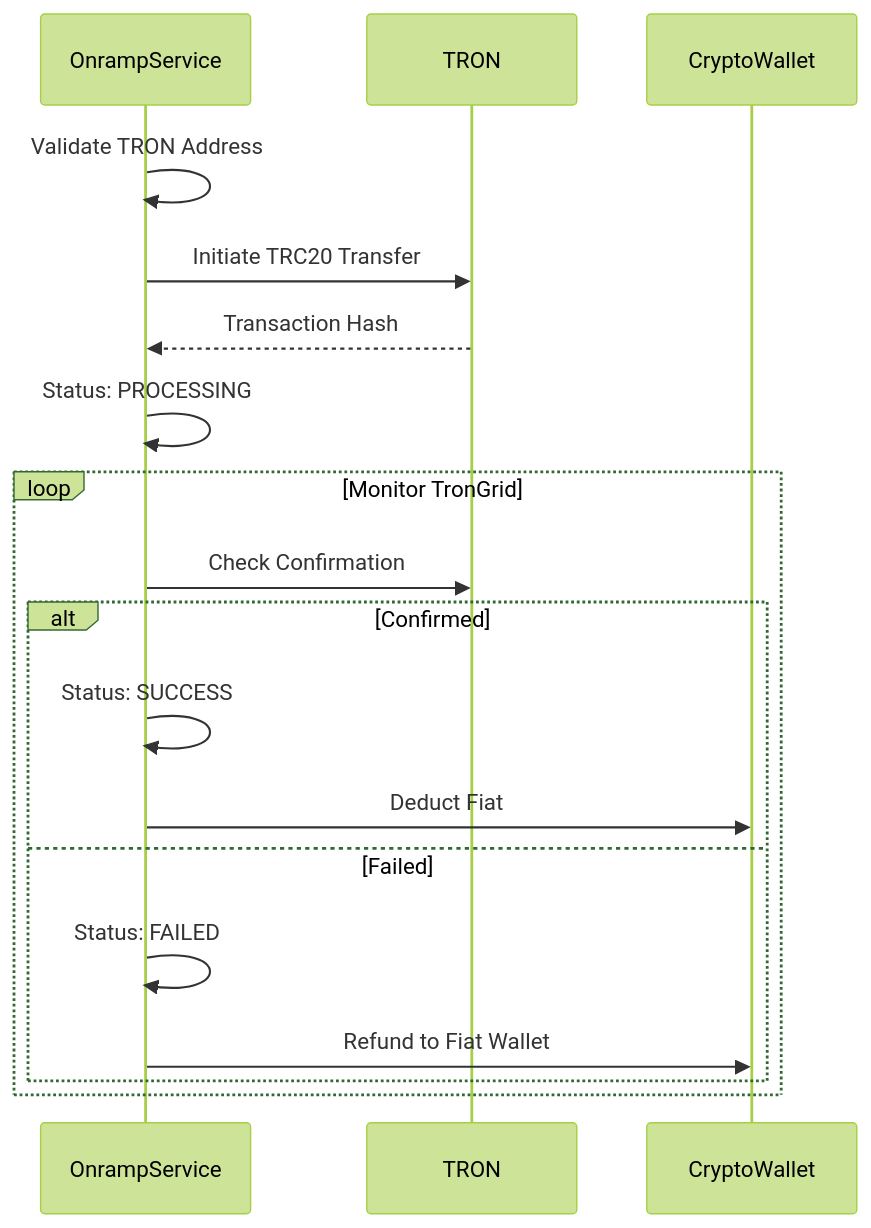
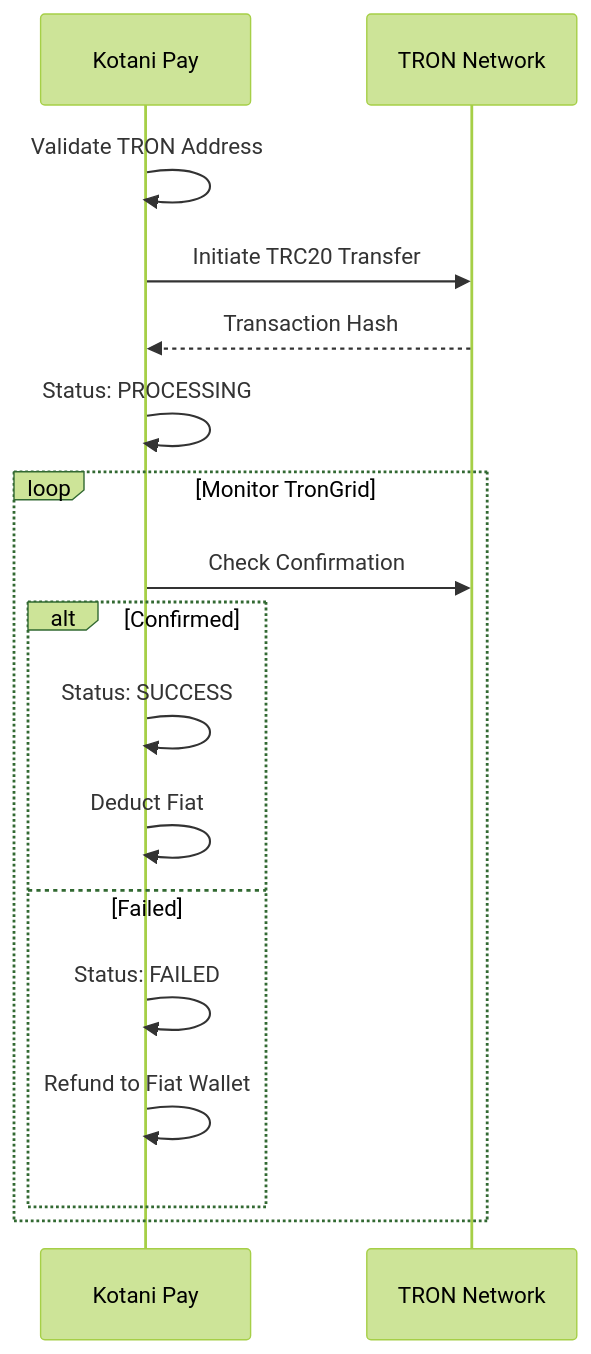
Before and after one commit to john-muinde/docs: the seventh of 9 diagrams in v3/flows/onramp-flow.mdx, drawn with Mermaid (forest theme). The commit also changed other lines of this file and 5 other files, not shown here.

````diff
--- a/v3/flows/onramp-flow.mdx
+++ b/v3/flows/onramp-flow.mdx
@@ -164,22 +150,21 @@
 ```mermaid
 sequenceDiagram
-    participant OnrampService
-    participant Blockchain as TRON
-    participant CryptoWallet
+    participant Kotani Pay
+    participant TRON as TRON Network
 
-    OnrampService->>OnrampService: Validate TRON Address
-    OnrampService->>Blockchain: Initiate TRC20 Transfer
-    Blockchain-->>OnrampService: Transaction Hash
-    OnrampService->>OnrampService: Status: PROCESSING
+    Kotani Pay->>Kotani Pay: Validate TRON Address
+    Kotani Pay->>TRON: Initiate TRC20 Transfer
+    TRON-->>Kotani Pay: Transaction Hash
+    Kotani Pay->>Kotani Pay: Status: PROCESSING
 
     loop Monitor TronGrid
-        OnrampService->>Blockchain: Check Confirmation
+        Kotani Pay->>TRON: Check Confirmation
         alt Confirmed
-            OnrampService->>OnrampService: Status: SUCCESS
-            OnrampService->>CryptoWallet: Deduct Fiat
+            Kotani Pay->>Kotani Pay: Status: SUCCESS
+            Kotani Pay->>Kotani Pay: Deduct Fiat
         else Failed
-            OnrampService->>OnrampService: Status: FAILED
-            OnrampService->>CryptoWallet: Refund to Fiat Wallet
+            Kotani Pay->>Kotani Pay: Status: FAILED
+            Kotani Pay->>Kotani Pay: Refund to Fiat Wallet
         end
     end
 ```
````
